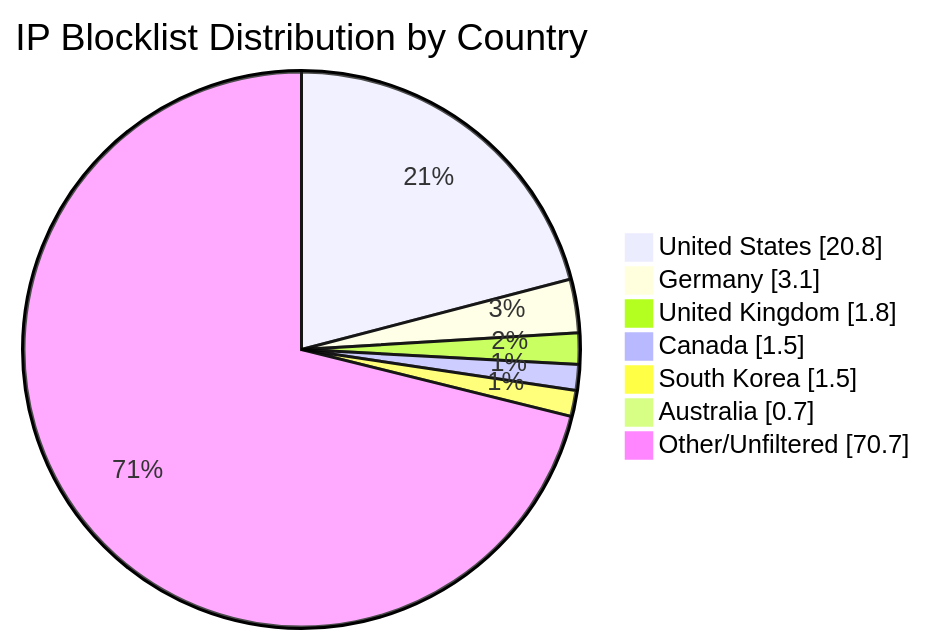
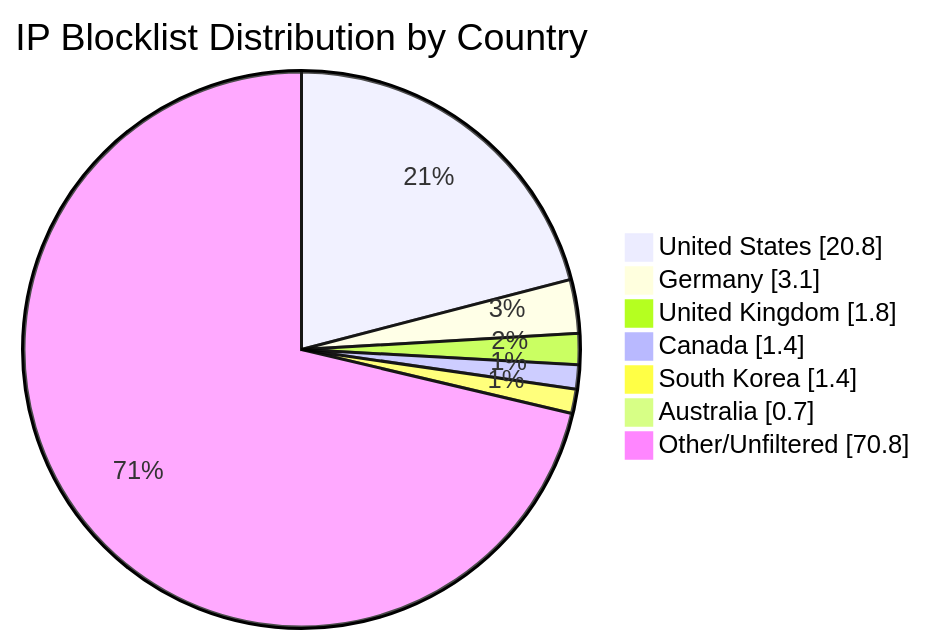
The diagram in README.md (MarcusHoltz/ipblocklist-geofiltered-aggregator), drawn with Mermaid before and after one commit. The commit also changed other lines of this file and 9 other files, not shown here.

````diff
--- a/README.md
+++ b/README.md
@@ -34,10 +34,10 @@
 ```mermaid
 pie showData title IP Blocklist Distribution by Country
 "United States" : 20.8
 "Germany" : 3.1
 "United Kingdom" : 1.8
-"Canada" : 1.5
-"South Korea" : 1.5
+"Canada" : 1.4
+"South Korea" : 1.4
 "Australia" : 0.7
-"Other/Unfiltered" : 70.7
+"Other/Unfiltered" : 70.8
 ```
````
